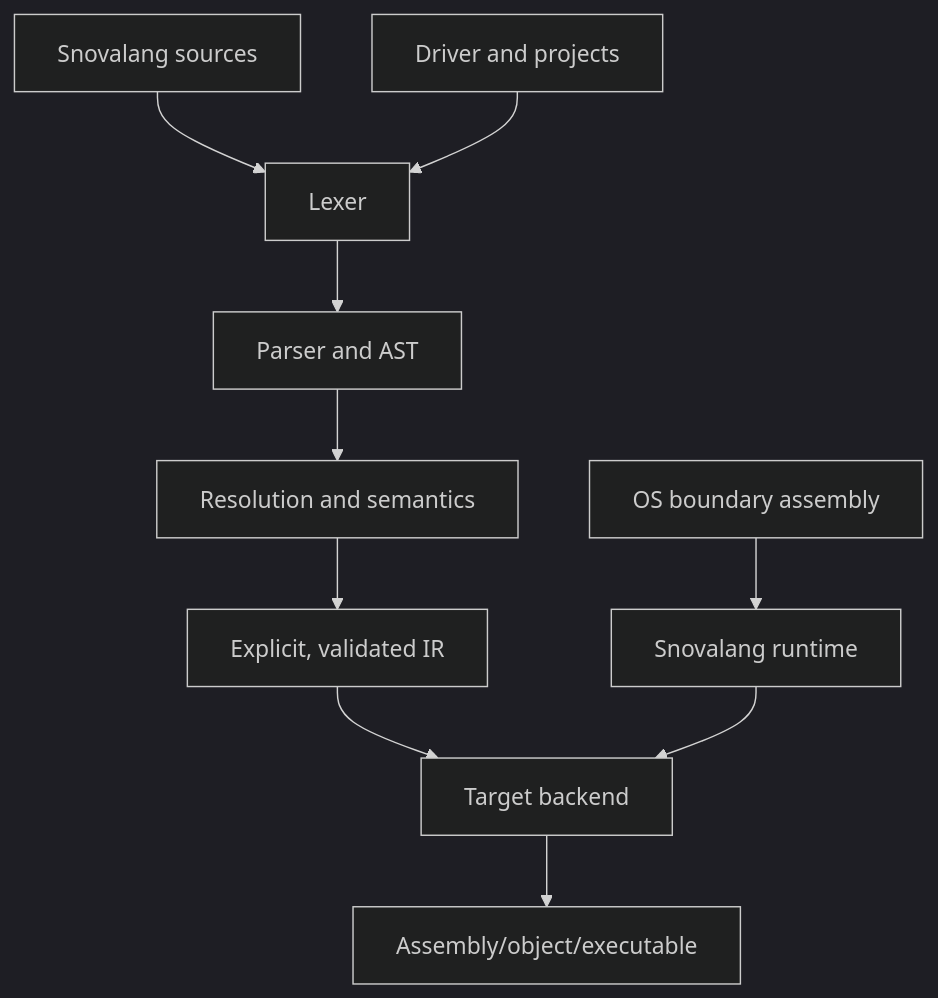
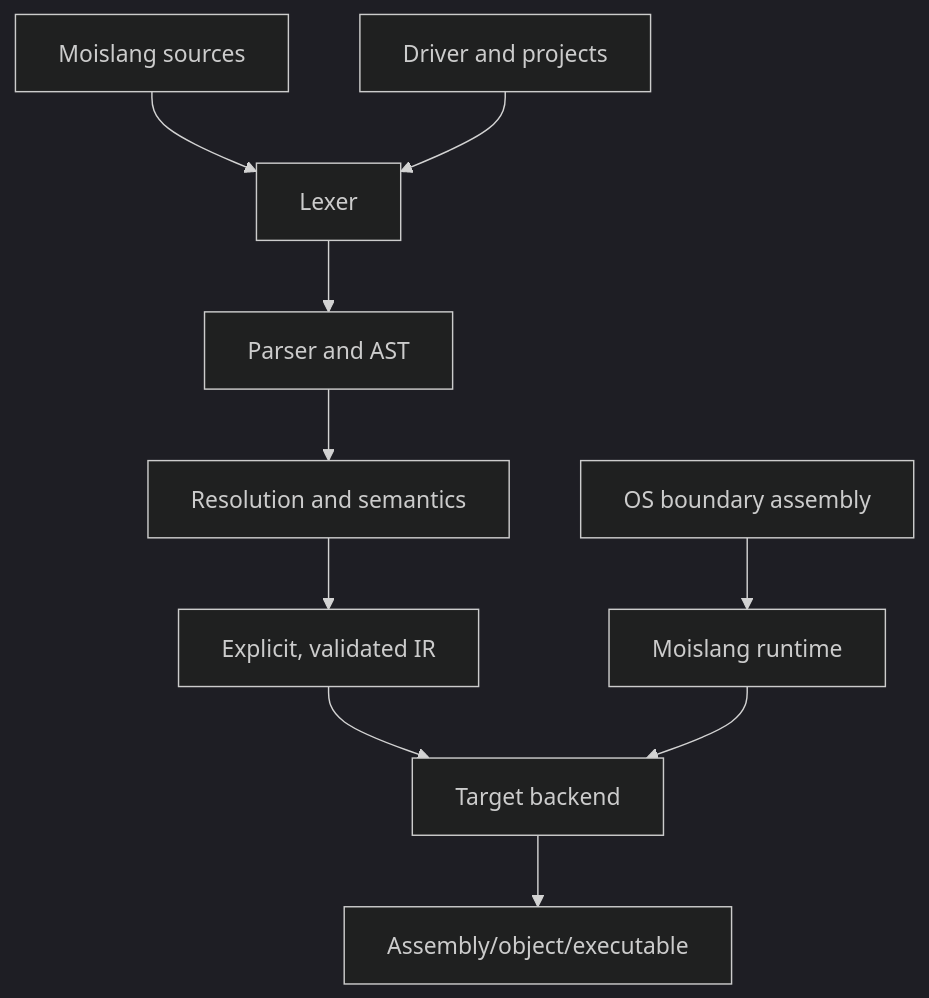
The second of 2 diagrams in docs/architecture/overview.md (moislang/moil), drawn with Mermaid (dark theme) before and after one commit. The commit also changed other lines of this file and 124 other files, not shown here.

````diff
--- a/docs/architecture/overview.md
+++ b/docs/architecture/overview.md
@@ -40,12 +40,12 @@
 ```mermaid
 flowchart TB
-  SRC[Snovalang sources] --> L[Lexer]
+  SRC[Moislang sources] --> L[Lexer]
   L --> P[Parser and AST]
   P --> S[Resolution and semantics]
   S --> IR[Explicit, validated IR]
   IR --> B[Target backend]
   B --> OBJ[Assembly/object/executable]
-  R[Snovalang runtime] --> B
+  R[Moislang runtime] --> B
   A[OS boundary assembly] --> R
   D[Driver and projects] --> L
 ```
````
